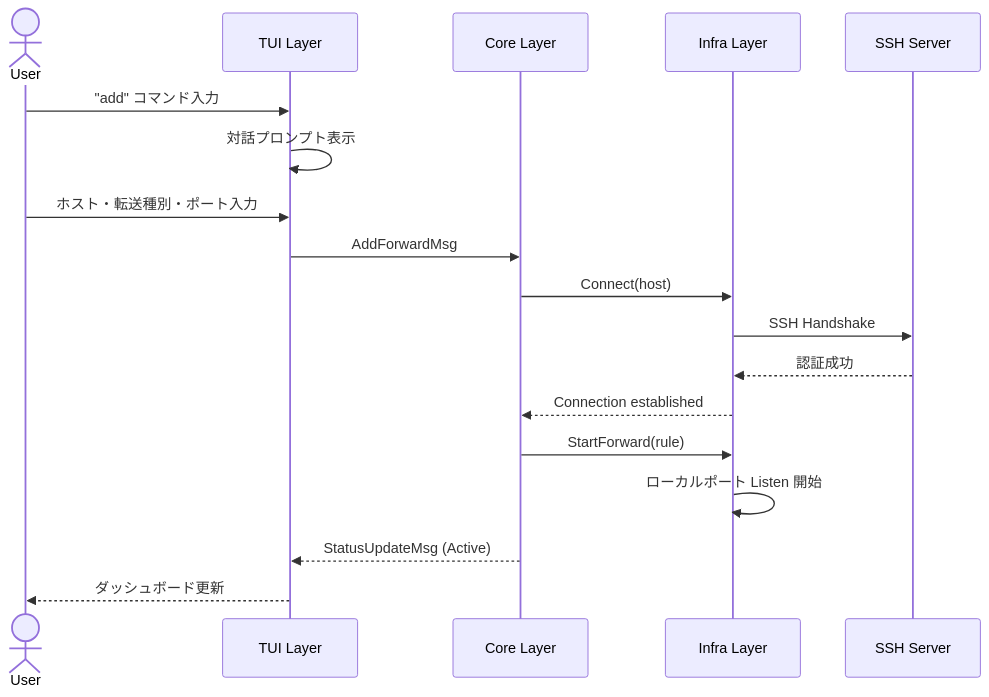
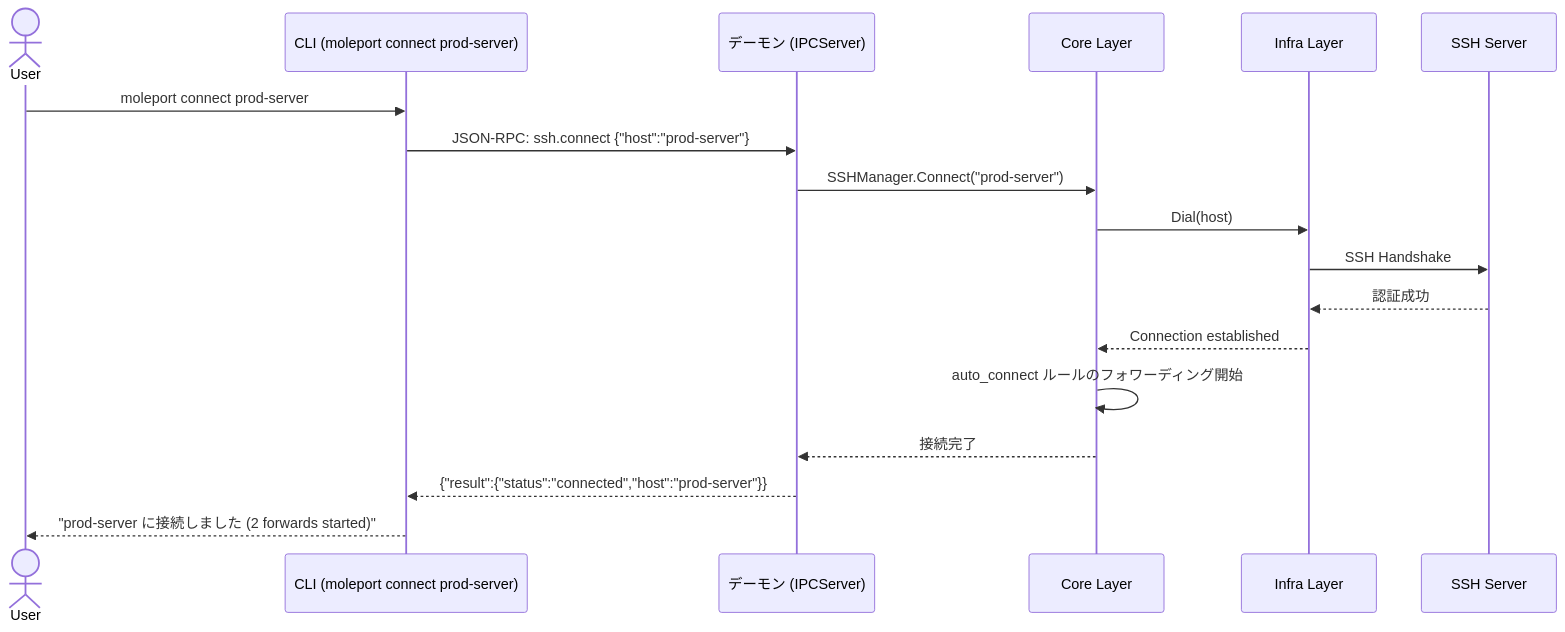
Before and after one commit to ousiassllc/MolePort: the eighth of 11 diagrams in docs/architecture/overview.md, drawn with Mermaid. The commit also changed other lines of this file, not shown here.

````diff
--- a/docs/architecture/overview.md
+++ b/docs/architecture/overview.md
@@ -234,21 +395,21 @@
 ```mermaid
 sequenceDiagram
     actor User
-    participant TUI as TUI Layer
+    participant CLI as CLI (moleport connect prod-server)
+    participant Daemon as デーモン (IPCServer)
     participant Core as Core Layer
     participant Infra as Infra Layer
     participant Remote as SSH Server
 
-    User->>TUI: "add" コマンド入力
-    TUI->>TUI: 対話プロンプト表示
-    User->>TUI: ホスト・転送種別・ポート入力
-    TUI->>Core: AddForwardMsg
-    Core->>Infra: Connect(host)
+    User->>CLI: moleport connect prod-server
+    CLI->>Daemon: JSON-RPC: ssh.connect {"host":"prod-server"}
+    Daemon->>Core: SSHManager.Connect("prod-server")
+    Core->>Infra: Dial(host)
     Infra->>Remote: SSH Handshake
     Remote-->>Infra: 認証成功
     Infra-->>Core: Connection established
-    Core->>Infra: StartForward(rule)
-    Infra->>Infra: ローカルポート Listen 開始
-    Core-->>TUI: StatusUpdateMsg (Active)
-    TUI-->>User: ダッシュボード更新
+    Core->>Core: auto_connect ルールのフォワーディング開始
+    Core-->>Daemon: 接続完了
+    Daemon-->>CLI: {"result":{"status":"connected","host":"prod-server"}}
+    CLI-->>User: "prod-server に接続しました (2 forwards started)"
 ```
````
